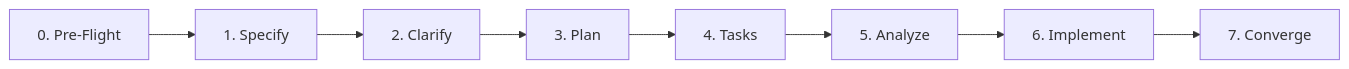
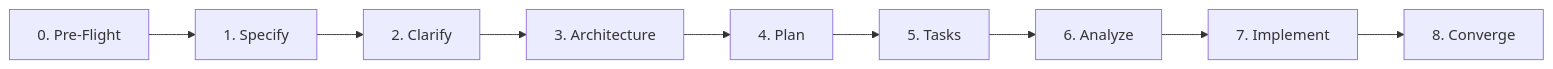
The diagram in AGENTS.md (kyogoiano/wallet), drawn with Mermaid before and after one commit. The commit also changed other lines of this file and 71 other files, not shown here.

````diff
--- a/AGENTS.md
+++ b/AGENTS.md
@@ -27,4 +27,4 @@
 ```mermaid
 flowchart LR
-    PreFlight[0. Pre-Flight] --> Specify[1. Specify] --> Clarify[2. Clarify] --> Plan[3. Plan] --> Tasks[4. Tasks] --> Analyze[5. Analyze] --> Implement[6. Implement] --> Converge[7. Converge]
+    PreFlight[0. Pre-Flight] --> Specify[1. Specify] --> Clarify[2. Clarify] --> Arch[3. Architecture] --> Plan[4. Plan] --> Tasks[5. Tasks] --> Analyze[6. Analyze] --> Implement[7. Implement] --> Converge[8. Converge]
 ```
````
